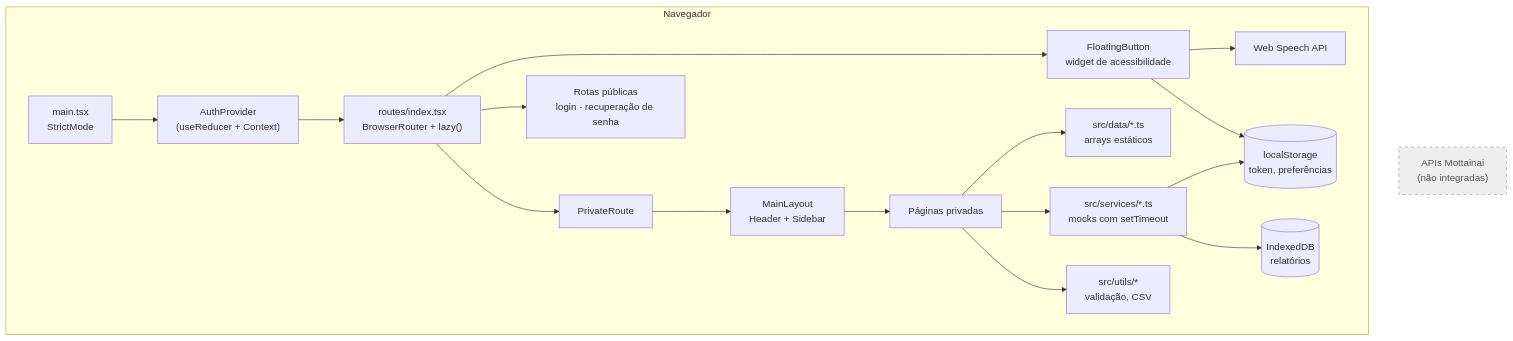
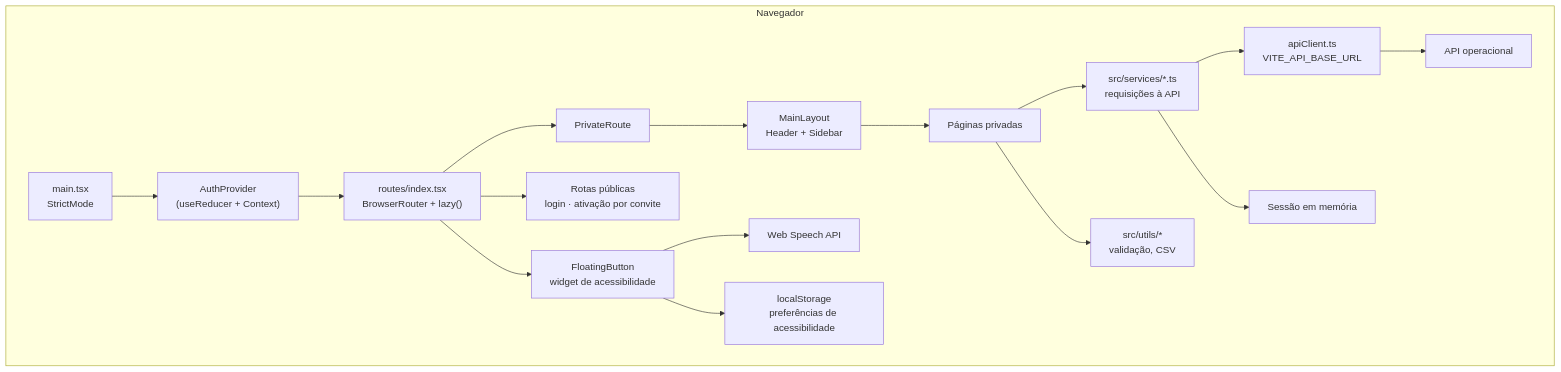
Before and after one commit to Mottainai-One/Mottainai-Frontend: the first of 4 diagrams in README.md, drawn with Mermaid. The commit also changed other lines of this file and 287 other files, not shown here.

````diff
--- a/README.md
+++ b/README.md
@@ -62,24 +62,19 @@
 ```mermaid
 flowchart TB
     subgraph BROWSER["Navegador"]
         MAIN["main.tsx<br/>StrictMode"] --> AP["AuthProvider<br/>(useReducer + Context)"]
         AP --> R["routes/index.tsx<br/>BrowserRouter + lazy()"]
         R --> FB["FloatingButton<br/>widget de acessibilidade"]
-        R --> PUB["Rotas públicas<br/>login · recuperação de senha"]
+        R --> PUB["Rotas públicas<br/>login · ativação por convite"]
         R --> PR["PrivateRoute"] --> ML["MainLayout<br/>Header + Sidebar"] --> PAGES["Páginas privadas"]
 
-        PAGES --> DATA["src/data/*.ts<br/>arrays estáticos"]
-        PAGES --> SVC["src/services/*.ts<br/>mocks com setTimeout"]
+        PAGES --> SVC["src/services/*.ts<br/>requisições à API"]
+        SVC --> API["apiClient.ts<br/>VITE_API_BASE_URL"]
+        API --> BACKEND["API operacional"]
         PAGES --> UTIL["src/utils/*<br/>validação, CSV"]
 
-        SVC --> LS[("localStorage<br/>token, preferências")]
-        SVC --> IDB[("IndexedDB<br/>relatórios")]
+        SVC --> SESSION["Sessão em memória"]
         FB --> SPEECH["Web Speech API"]
-        FB --> LS
+        FB --> LS["localStorage<br/>preferências de acessibilidade"]
     end
-
-    API["APIs Mottainai<br/>(não integradas)"]
-
-    classDef pending fill:#eee,stroke:#999,stroke-dasharray: 5 5,color:#555
-    class API pending
 ```
````
